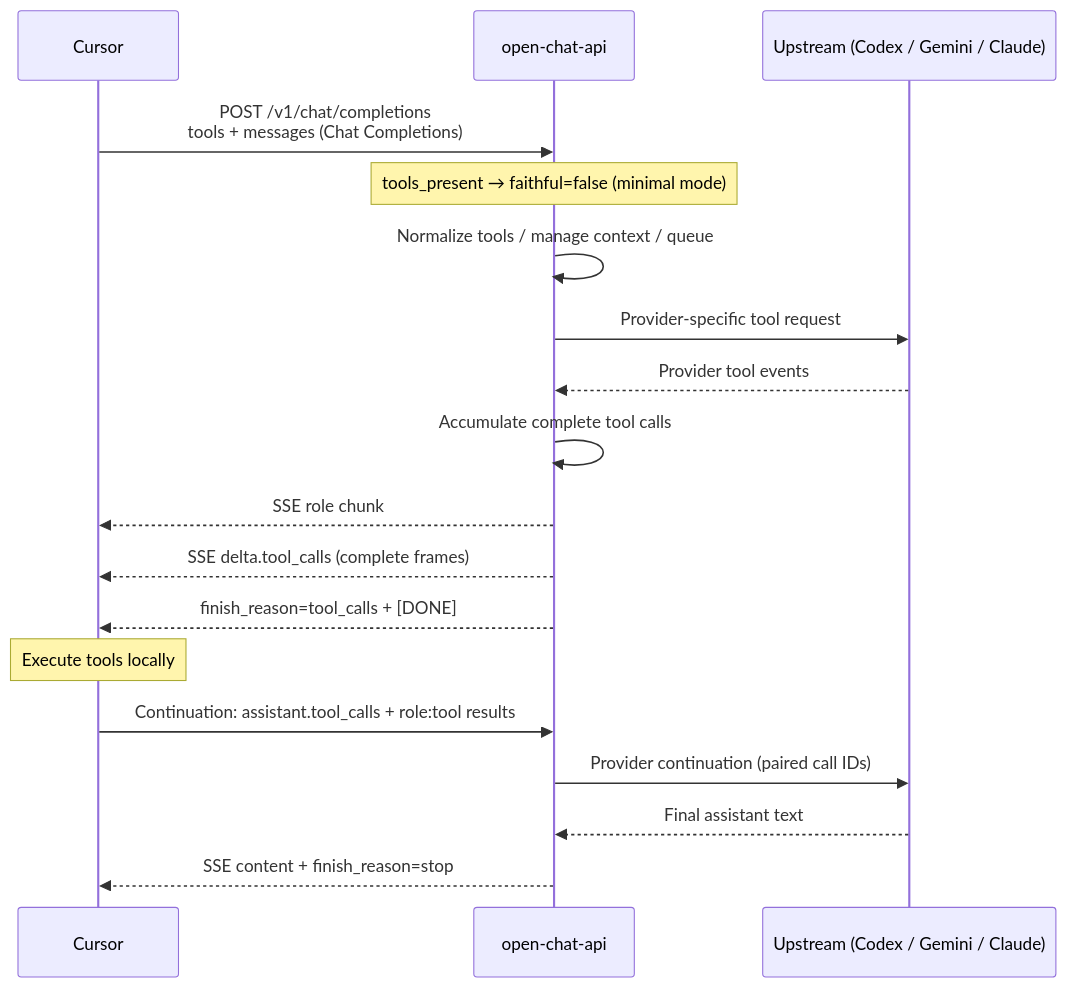
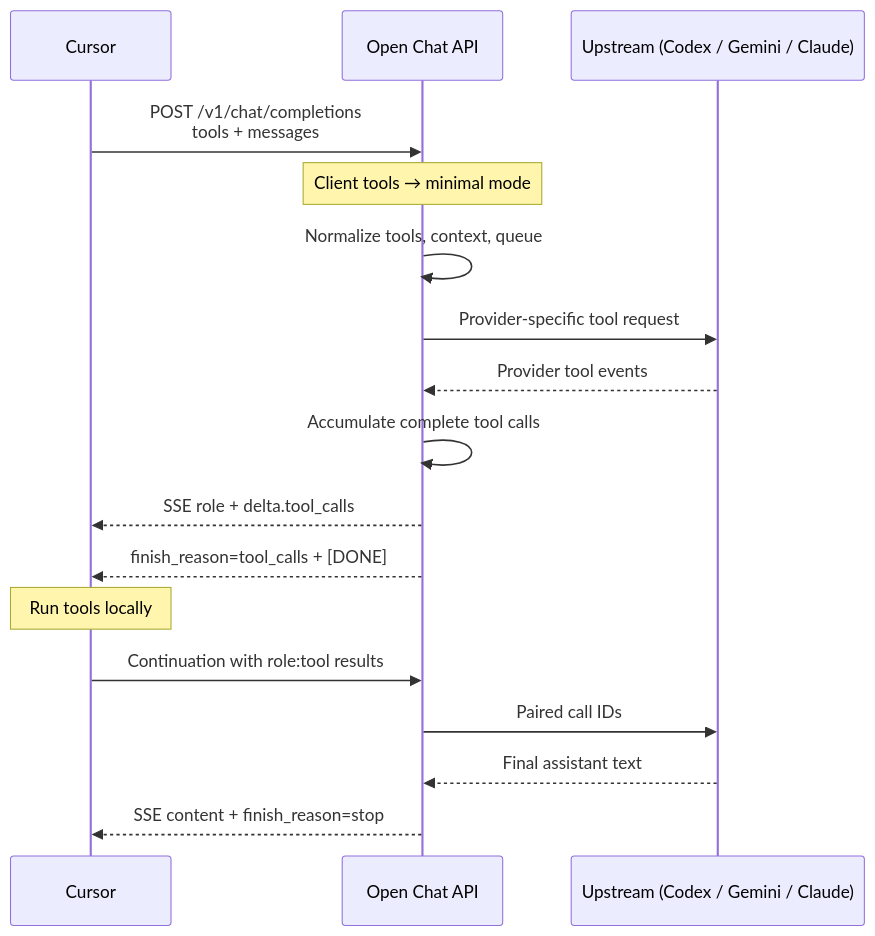
Before and after one commit to teslashibe/open-agent-api: the diagram in website/docs/cursor/tool-conventions.md, drawn with Mermaid. The commit also changed other lines of this file and 1 other file, not shown here.

First line of the commit message:
Rewrite Cursor tool-calling docs for clearer SEO and AEO.

````diff
--- a/website/docs/cursor/tool-conventions.md
+++ b/website/docs/cursor/tool-conventions.md
@@ -31,21 +41,20 @@
 ```mermaid
 sequenceDiagram
   participant Cursor
-  participant API as open-chat-api
+  participant API as Open Chat API
   participant Up as Upstream (Codex / Gemini / Claude)
 
-  Cursor->>API: POST /v1/chat/completions<br/>tools + messages (Chat Completions)
-  Note over API: tools_present → faithful=false (minimal mode)
-  API->>API: Normalize tools / manage context / queue
+  Cursor->>API: POST /v1/chat/completions<br/>tools + messages
+  Note over API: Client tools → minimal mode
+  API->>API: Normalize tools, context, queue
   API->>Up: Provider-specific tool request
   Up-->>API: Provider tool events
   API->>API: Accumulate complete tool calls
-  API-->>Cursor: SSE role chunk
-  API-->>Cursor: SSE delta.tool_calls (complete frames)
+  API-->>Cursor: SSE role + delta.tool_calls
   API-->>Cursor: finish_reason=tool_calls + [DONE]
-  Note over Cursor: Execute tools locally
-  Cursor->>API: Continuation: assistant.tool_calls + role:tool results
-  API->>Up: Provider continuation (paired call IDs)
+  Note over Cursor: Run tools locally
+  Cursor->>API: Continuation with role:tool results
+  API->>Up: Paired call IDs
   Up-->>API: Final assistant text
   API-->>Cursor: SSE content + finish_reason=stop
 ```
````
